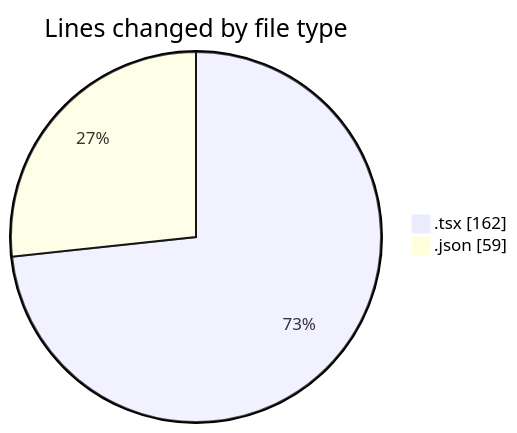
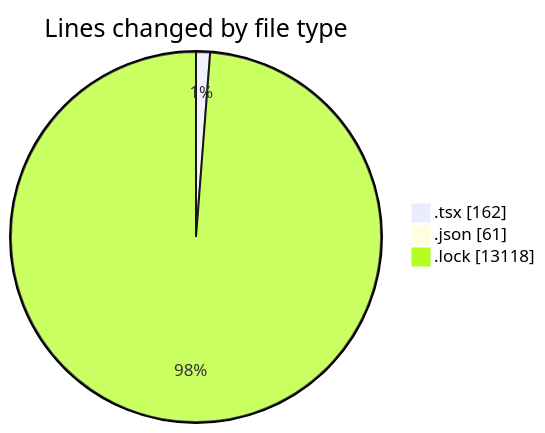
Before and after one commit to momahboobian/code-tracking: the first of 2 diagrams in 2025-02-09/cda/README.md, drawn with Mermaid. The commit also changed other lines of this file and 1 other file, not shown here.

````diff
--- a/2025-02-09/cda/README.md
+++ b/2025-02-09/cda/README.md
@@ -23,6 +24,7 @@
 ```mermaid
 pie showData
 title Lines changed by file type
 ".tsx" : 162
-".json" : 59
+".json" : 61
+".lock" : 13118
 ```
````
